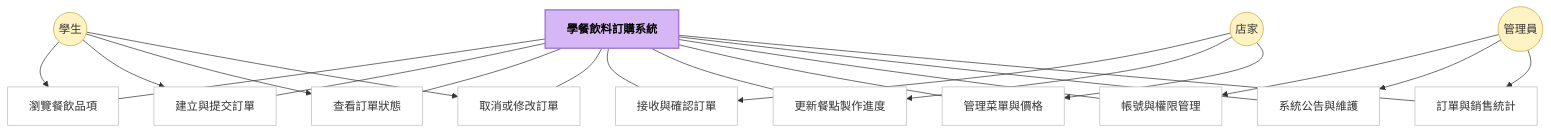
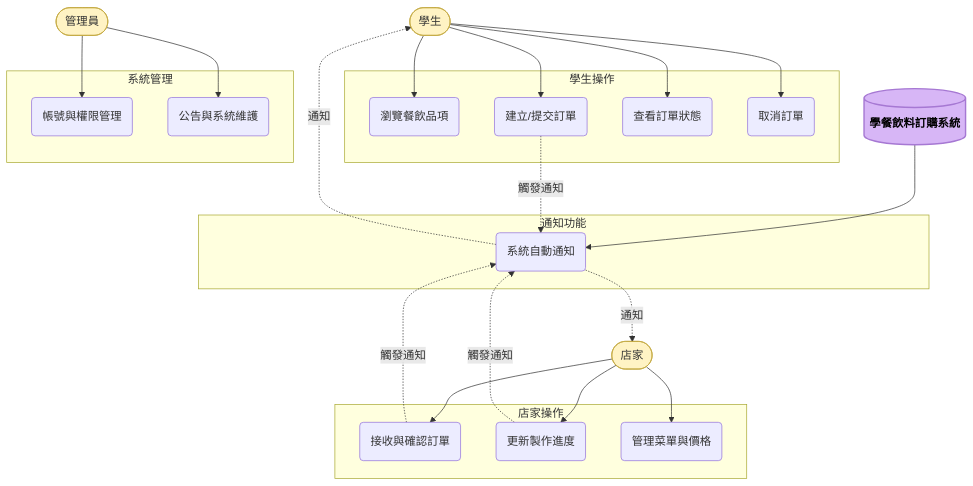
The diagram in hw3.md (Ling7100/hw-group), drawn with Mermaid before and after one commit.

````diff
--- a/hw3.md
+++ b/hw3.md
@@ -4,57 +4,64 @@
 ```mermaid
 %%{init: {'theme': 'default'}}%%
+%%{init: {'theme': 'default'}}%%
 graph TD
-    A[學餐飲料訂購系統]
 
-    %% 主要角色
-    U1((學生))
-    U2((店家))
-    U3((管理員))
+    %% 角色
+    A([ 學生 ]):::actor
+    B([ 店家 ]):::actor
+    C([ 管理員 ]):::actor
+    S[(學餐飲料訂購系統)]:::system
 
     %% 學生使用案例
-    U1 --> S1[瀏覽餐飲品項]
-    U1 --> S2[建立與提交訂單]
-    U1 --> S3[查看訂單狀態]
-    U1 --> S4[取消或修改訂單]
+    subgraph 學生操作
+        UC1(瀏覽餐飲品項)
+        UC2(建立/提交訂單)
+        UC3(查看訂單狀態)
+        UC4(取消訂單)
+    end
 
     %% 店家使用案例
-    U2 --> S5[接收與確認訂單]
-    U2 --> S6[更新餐點製作進度]
-    U2 --> S7[管理菜單與價格]
+    subgraph 店家操作
+        UC5(接收與確認訂單)
+        UC6(更新製作進度)
+        UC7(管理菜單與價格)
+    end
 
     %% 管理員使用案例
-    U3 --> S8[帳號與權限管理]
-    U3 --> S9[系統公告與維護]
-    U3 --> S10[訂單與銷售統計]
+    subgraph 系統管理
+        UC8(帳號與權限管理)
+        UC9(公告與系統維護)
+    end
 
-    %% 系統核心
-    A --- S1
-    A --- S2
-    A --- S3
-    A --- S4
-    A --- S5
-    A --- S6
-    A --- S7
-    A --- S8
-    A --- S9
-    A --- S10
+    %% 通知功能
+    subgraph 通知功能
+        UC10(系統自動通知)
+    end
 
-    %% 節點配色
-    style A fill:#d7b6f6,stroke:#a678d3,stroke-width:2px,color:#000,font-weight:bold
+    %% 角色關聯
+    A --> UC1
+    A --> UC2
+    A --> UC3
+    A --> UC4
 
-    style U1 fill:#fff3c4,stroke:#c2a83e,stroke-width:1px
-    style U2 fill:#fff3c4,stroke:#c2a83e,stroke-width:1px
-    style U3 fill:#fff3c4,stroke:#c2a83e,stroke-width:1px
+    B --> UC5
+    B --> UC6
+    B --> UC7
 
-    style S1 fill:#ffffff,stroke:#bcbcbc
-    style S2 fill:#ffffff,stroke:#bcbcbc
-    style S3 fill:#ffffff,stroke:#bcbcbc
-    style S4 fill:#ffffff,stroke:#bcbcbc
-    style S5 fill:#ffffff,stroke:#bcbcbc
-    style S6 fill:#ffffff,stroke:#bcbcbc
-    style S7 fill:#ffffff,stroke:#bcbcbc
-    style S8 fill:#ffffff,stroke:#bcbcbc
-    style S9 fill:#ffffff,stroke:#bcbcbc
-    style S10 fill:#ffffff,stroke:#bcbcbc
+    C --> UC8
+    C --> UC9
+
+    S --> UC10
+    UC10 -.通知.-> A
+    UC10 -.通知.-> B
+
+    %% Extend / include 關係
+    UC2 -.觸發通知.-> UC10
+    UC5 -.觸發通知.-> UC10
+    UC6 -.觸發通知.-> UC10
+
+    %% 樣式設定
+    classDef actor fill:#fff3c4,stroke:#c2a83e,stroke-width:1px;
+    classDef system fill:#d7b6f6,stroke:#a678d3,stroke-width:2px,color:#000,font-weight:bold;
 
 ```
````
